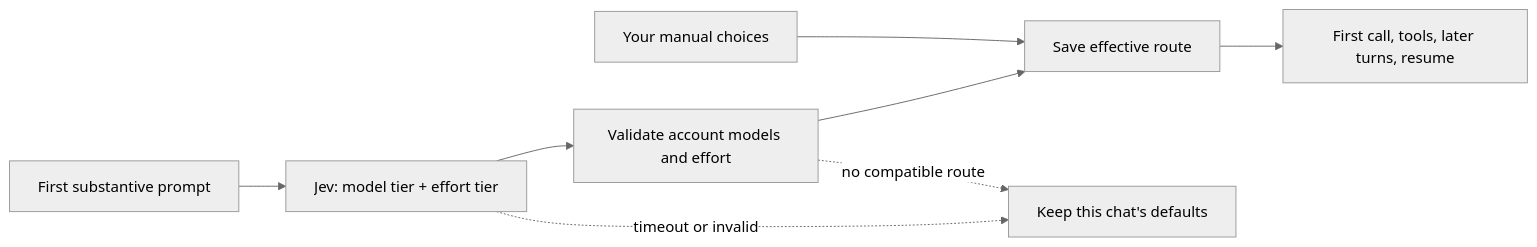
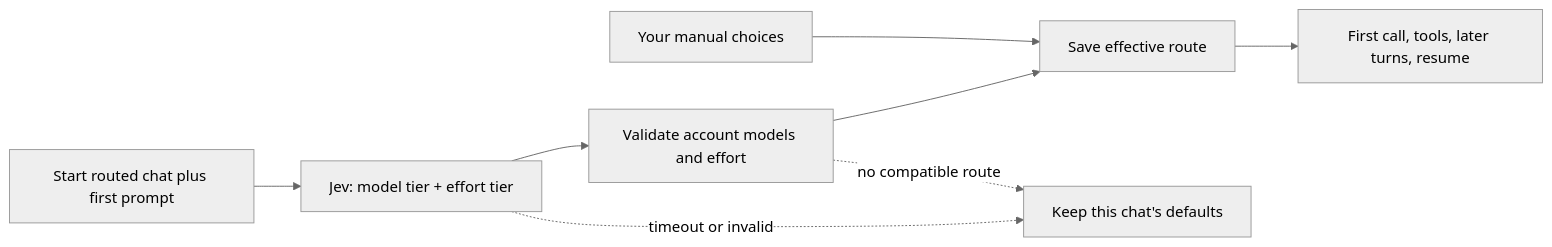
The diagram in README.md (PraveenKumarSridhar/jevgauge), drawn with Mermaid (neutral theme) before and after one commit. The commit also changed other lines of this file and 24 other files, not shown here.

Commit message:
feat(router): add stock Hermes routed start

````diff
--- a/README.md
+++ b/README.md
@@ -21,10 +21,10 @@
 ```mermaid
 flowchart LR
-    A[First substantive prompt] --> B[Jev: model tier + effort tier]
+    A[Start routed chat plus first prompt] --> B[Jev: model tier + effort tier]
     B --> C[Validate account models and effort]
     C --> D[Save effective route]
     D --> E[First call, tools, later turns, resume]
     B -. timeout or invalid .-> F[Keep this chat's defaults]
     C -. no compatible route .-> F
     U[Your manual choices] --> D
 ```
````
